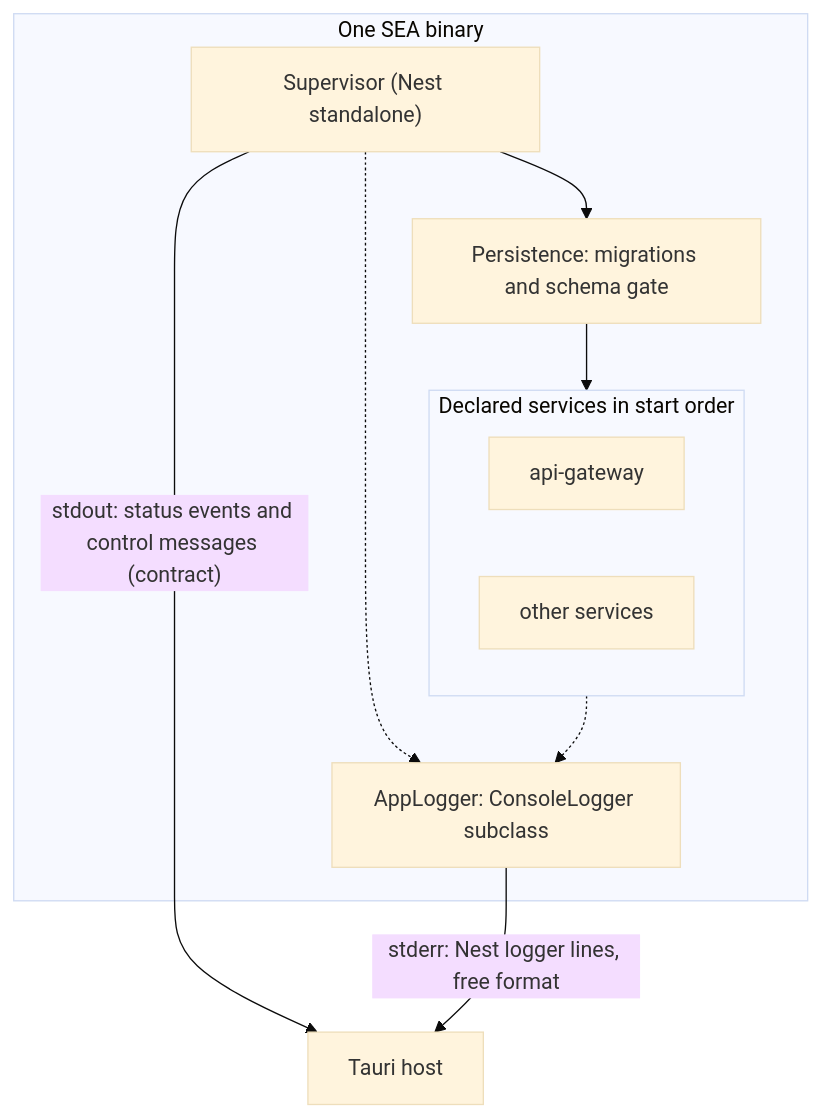
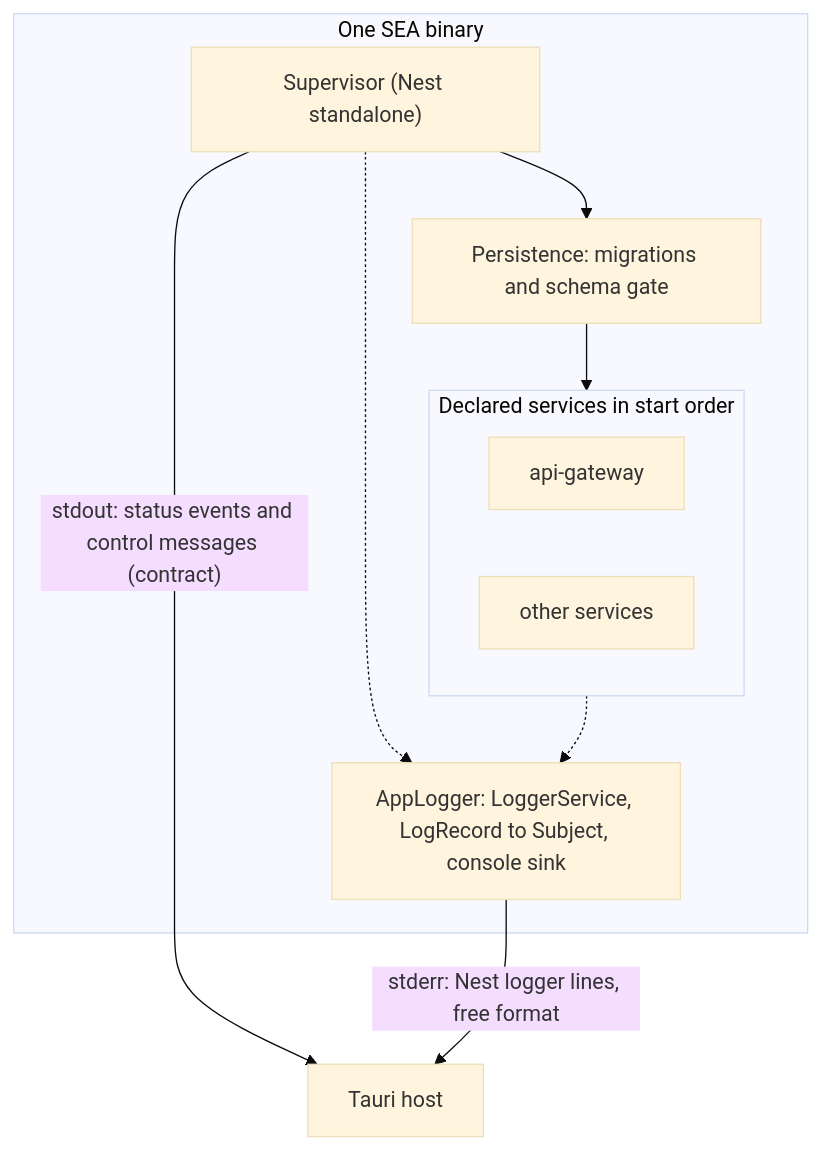
The second of 3 diagrams in docs/architecture/adr/ADR-013-nest-standalone-architecture.md (virgenherrera/lan-solution-template), drawn with Mermaid (base theme) before and after one commit. The commit also changed other lines of this file and 2 other files, not shown here.

First line of the commit message:
docs: describe the log record and the sink pipeline

````diff
--- a/docs/architecture/adr/ADR-013-nest-standalone-architecture.md
+++ b/docs/architecture/adr/ADR-013-nest-standalone-architecture.md
@@ -78,18 +78,18 @@
 ```mermaid
 flowchart TB
   Host["Tauri host"]
   subgraph Bin["One SEA binary"]
     Sup["Supervisor (Nest standalone)"]
     Pers["Persistence: migrations and schema gate"]
     subgraph Svc["Declared services in start order"]
       GW["api-gateway"]
       Other["other services"]
     end
-    Log["AppLogger: ConsoleLogger subclass"]
+    Log["AppLogger: LoggerService, LogRecord to Subject, console sink"]
   end
   Sup --> Pers --> Svc
   Sup -.-> Log
   Svc -.-> Log
   Sup -- "stdout: status events and control messages (contract)" --> Host
   Log -- "stderr: Nest logger lines, free format" --> Host
 ```
````
